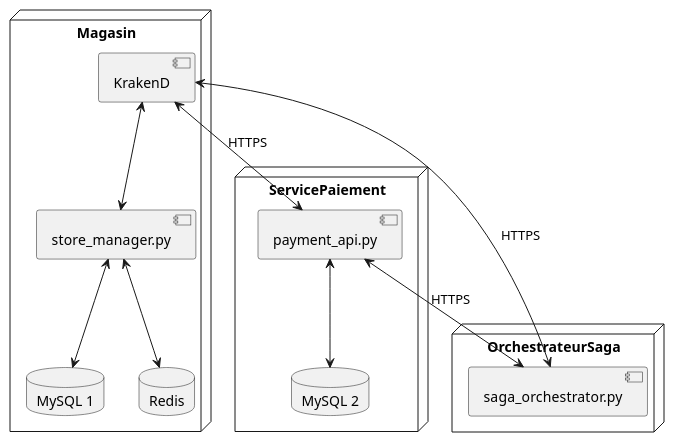
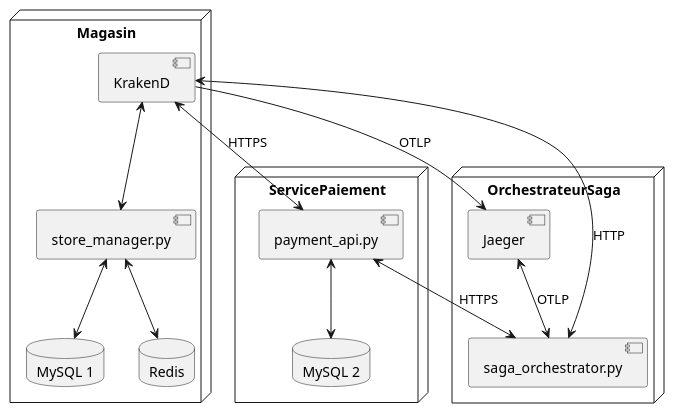
The diagram in docs/views/deployment.puml (guteacher/log430-labo6-saga-orchestrator), drawn with PlantUML before and after one commit. The commit also changed 14 other files, not shown here.

```diff
--- a/docs/views/deployment.puml
+++ b/docs/views/deployment.puml
@@ -1,27 +1,30 @@
 @startuml
   node Magasin {
     component "KrakenD" 
     component "store_manager.py" 
     database "MySQL 1"
     database "Redis"
     "KrakenD" <--> "store_manager.py"
     "store_manager.py" <--> "MySQL 1"
     "store_manager.py" <--> "Redis"
   }
 
   node ServicePaiement {
     component "payment_api.py" 
     database "MySQL 2"
     "payment_api.py" <--> "MySQL 2"
   }
 
   node OrchestrateurSaga {
     component "saga_orchestrator.py" 
-    "KrakenD" <--> "saga_orchestrator.py" : HTTPS
+    component "Jaeger" 
+    "Jaeger" <--> "saga_orchestrator.py" : OTLP
+    "KrakenD" --> "Jaeger" : OTLP
+    "KrakenD" <--> "saga_orchestrator.py" : HTTP
     "payment_api.py" <--> "saga_orchestrator.py" : HTTPS
   }
 
 
   "KrakenD" <--> "payment_api.py" : HTTPS
 
 @enduml
```
